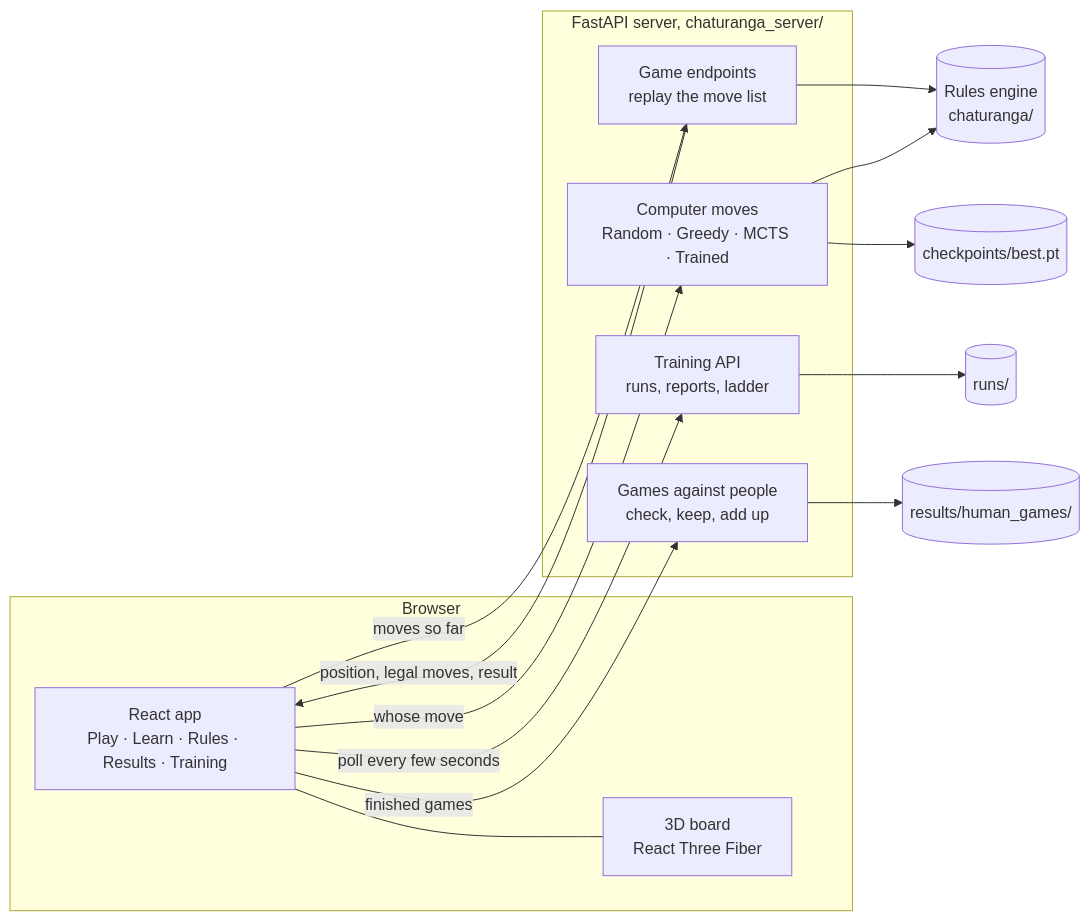
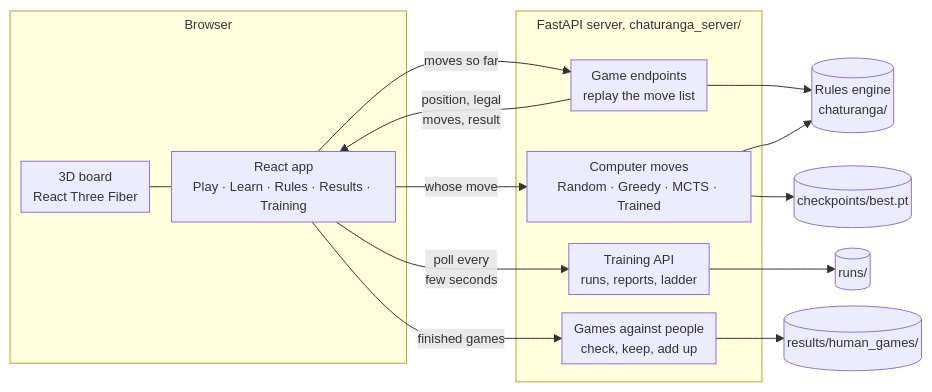
The first of 2 diagrams in docs/WEB_APP.md (Aditya-00786/csf407-fable-chaturanga-zero), drawn with Mermaid before and after one commit. The commit also changed other lines of this file and 8 other files, not shown here.

First line of the commit message:
docs: full diagrams again, sized to fit a screen; Milestone 4 at 95%

````diff
--- a/docs/WEB_APP.md
+++ b/docs/WEB_APP.md
@@ -11,24 +11,25 @@
 ```mermaid
+%%{init: {"flowchart": {"nodeSpacing": 16, "rankSpacing": 22, "padding": 6, "diagramPadding": 4, "subGraphTitleMargin": {"top": 4, "bottom": 4}}, "themeVariables": {"fontSize": "13px"}}}%%
 flowchart LR
     subgraph Browser
         UI[React app<br/>Play · Learn · Rules · Results · Training]
         B3[3D board<br/>React Three Fiber]
-        UI --- B3
+        B3 --- UI
     end
     subgraph API[FastAPI server, chaturanga_server/]
         G[Game endpoints<br/>replay the move list]
         A[Computer moves<br/>Random · Greedy · MCTS · Trained]
         T[Training API<br/>runs, reports, ladder]
         H[Games against people<br/>check, keep, add up]
     end
     UI -- moves so far --> G
-    G -- position, legal moves, result --> UI
+    G -- position, legal<br/>moves, result --> UI
     UI -- whose move --> A
-    UI -- poll every few seconds --> T
+    UI -- poll every<br/>few seconds --> T
     UI -- finished games --> H
     H --> HG[(results/human_games/)]
     G --> E[(Rules engine<br/>chaturanga/)]
     A --> E
     A --> NET[(checkpoints/best.pt)]
     T --> RUNS[(runs/)]
 ```
````
